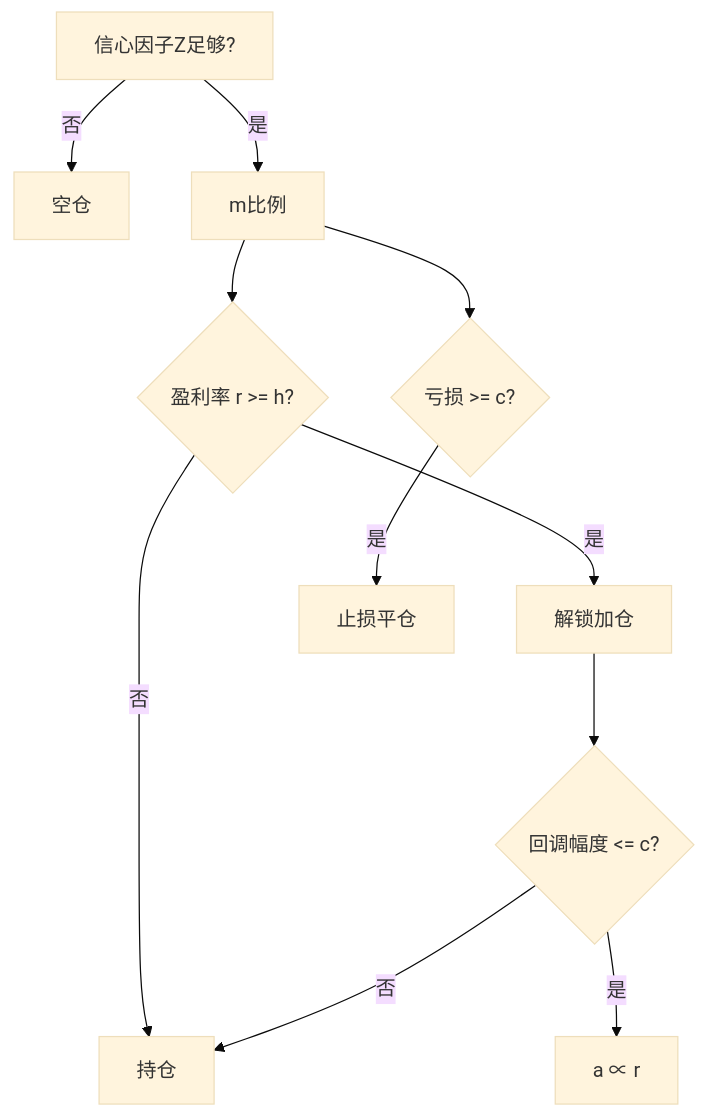
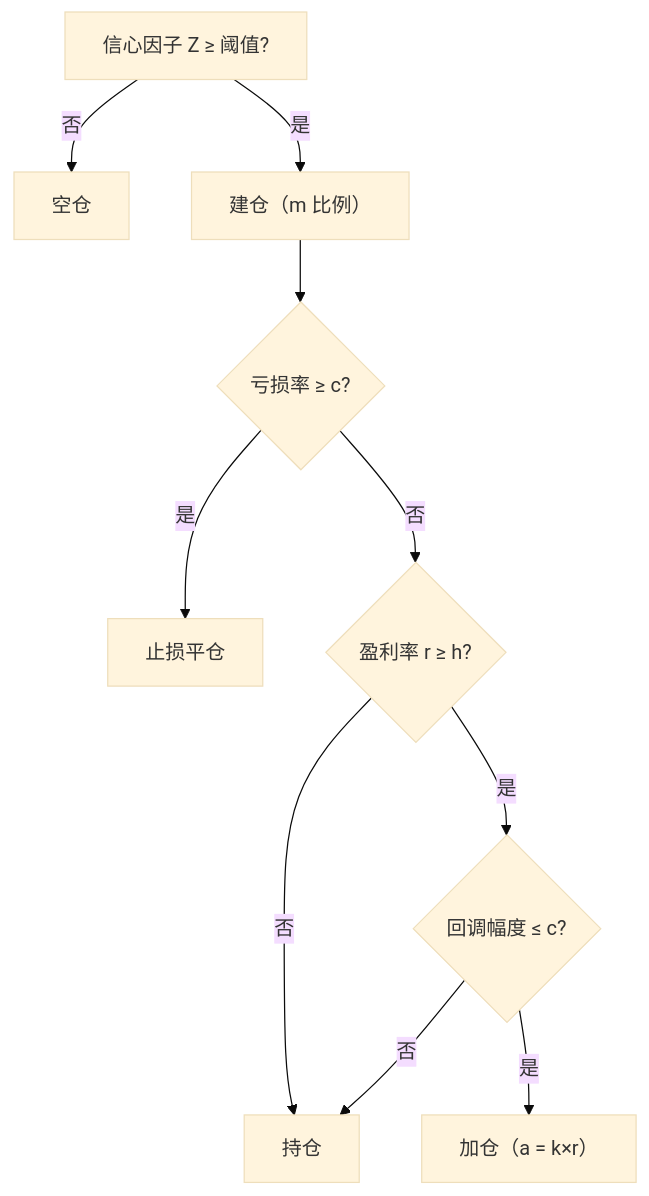
The second of 2 diagrams in docs/readme.md (ykssrat/QMT_A6), drawn with Mermaid (base theme) before and after one commit. The commit also changed other lines of this file and 8 other files, not shown here.

````diff
--- a/docs/readme.md
+++ b/docs/readme.md
@@ -95,13 +85,12 @@
-  ```mermaid
-  flowchart TD
-    Z["信心因子Z足够?"] -->|否| 空仓
-    Z -->|是| 建仓[m比例]
-    建仓 --> 盈利{"盈利率 r >= h?"}
+```mermaid
+flowchart TD
+    Z["信心因子 Z ≥ 阈值?"] -->|否| 空仓
+    Z -->|是| 建仓["建仓（m 比例）"]
+    建仓 --> 止损{"亏损率 ≥ c?"}
+    止损 -->|是| 止损平仓
+    止损 -->|否| 盈利{"盈利率 r ≥ h?"}
     盈利 -->|否| 持仓
-    盈利 -->|是| 解锁加仓
-    解锁加仓 --> 回调{"回调幅度 <= c?"}
-    回调 -->|是| 加仓[a ∝ r]
+    盈利 -->|是| 回调{"回调幅度 ≤ c?"}
+    回调 -->|是| 加仓["加仓（a = k×r）"]
     回调 -->|否| 持仓
-    建仓 --> 止损{"亏损 >= c?"}
-    止损 -->|是| 止损平仓
-  ```  
+```
````
